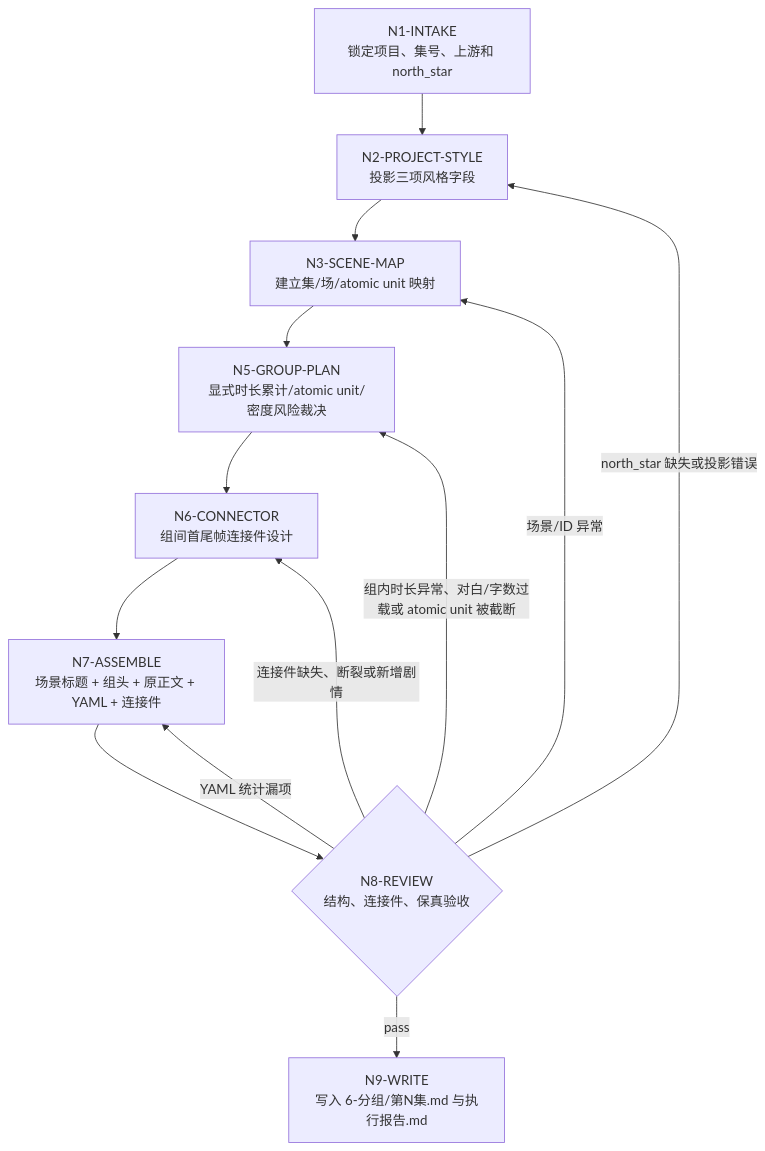
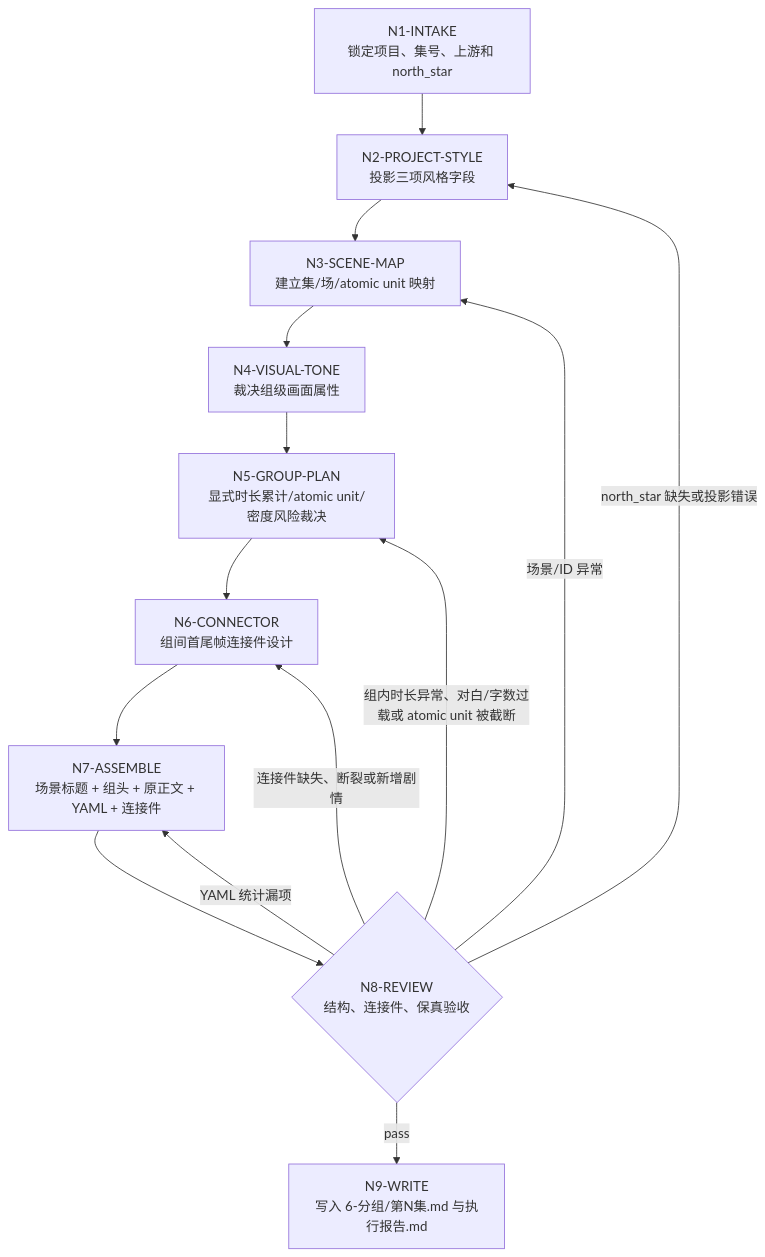
The first of 3 diagrams in .agents/skills/aigc/6-分组/steps/grouping-workflow.md (ZEN-VOID/AI-CUT), drawn with Mermaid before and after one commit. The commit also changed other lines of this file and 28 other files, not shown here.

````diff
--- a/.agents/skills/aigc/6-分组/steps/grouping-workflow.md
+++ b/.agents/skills/aigc/6-分组/steps/grouping-workflow.md
@@ -19,15 +19,16 @@
 ```mermaid
 flowchart TD
     N1["N1-INTAKE<br/>锁定项目、集号、上游和 north_star"] --> N2["N2-PROJECT-STYLE<br/>投影三项风格字段"]
     N2 --> N3["N3-SCENE-MAP<br/>建立集/场/atomic unit 映射"]
-    N3 --> N5["N5-GROUP-PLAN<br/>显式时长累计/atomic unit/密度风险裁决"]
+    N3 --> N4["N4-VISUAL-TONE<br/>裁决组级画面属性"]
+    N4 --> N5["N5-GROUP-PLAN<br/>显式时长累计/atomic unit/密度风险裁决"]
     N5 --> N6["N6-CONNECTOR<br/>组间首尾帧连接件设计"]
     N6 --> N7["N7-ASSEMBLE<br/>场景标题 + 组头 + 原正文 + YAML + 连接件"]
     N7 --> N8{"N8-REVIEW<br/>结构、连接件、保真验收"}
     N8 -->|"pass"| N9["N9-WRITE<br/>写入 6-分组/第N集.md 与执行报告.md"]
     N8 -->|"north_star 缺失或投影错误"| N2
     N8 -->|"场景/ID 异常"| N3
     N8 -->|"组内时长异常、对白/字数过载或 atomic unit 被截断"| N5
     N8 -->|"连接件缺失、断裂或新增剧情"| N6
     N8 -->|"YAML 统计漏项"| N7
 ```
````
